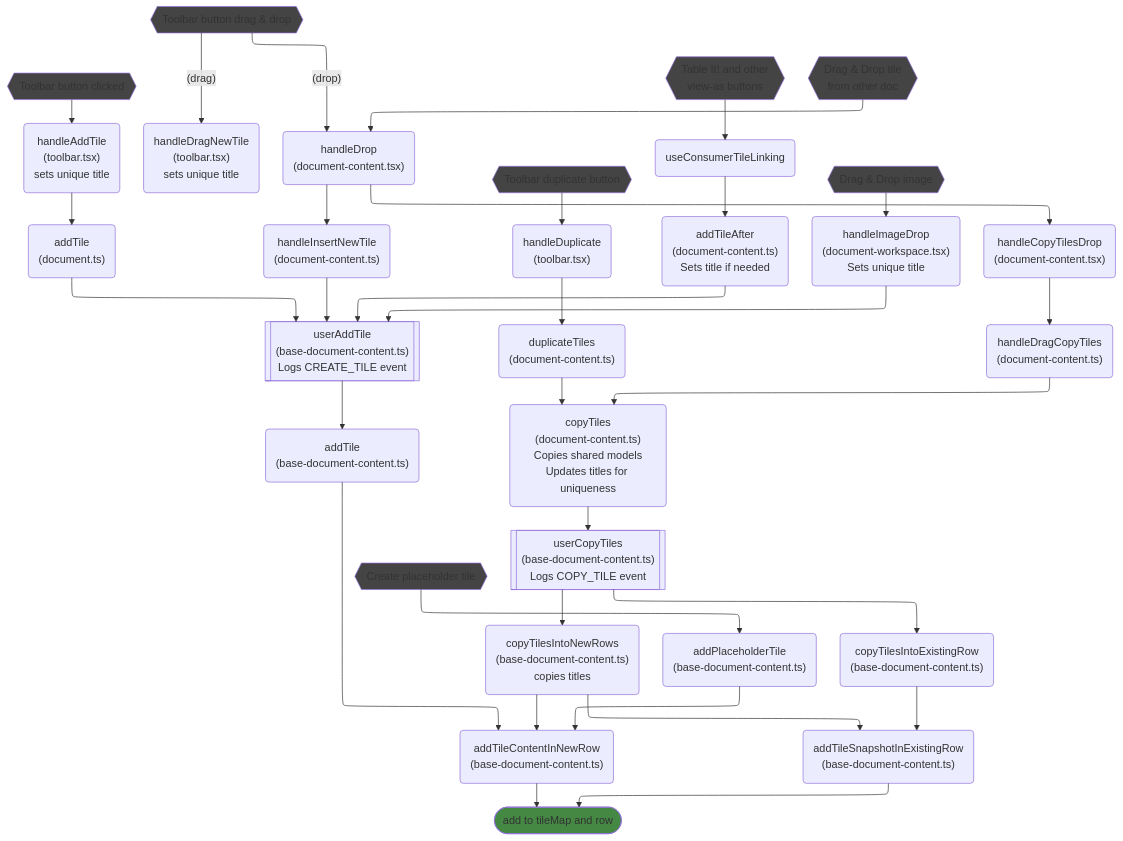
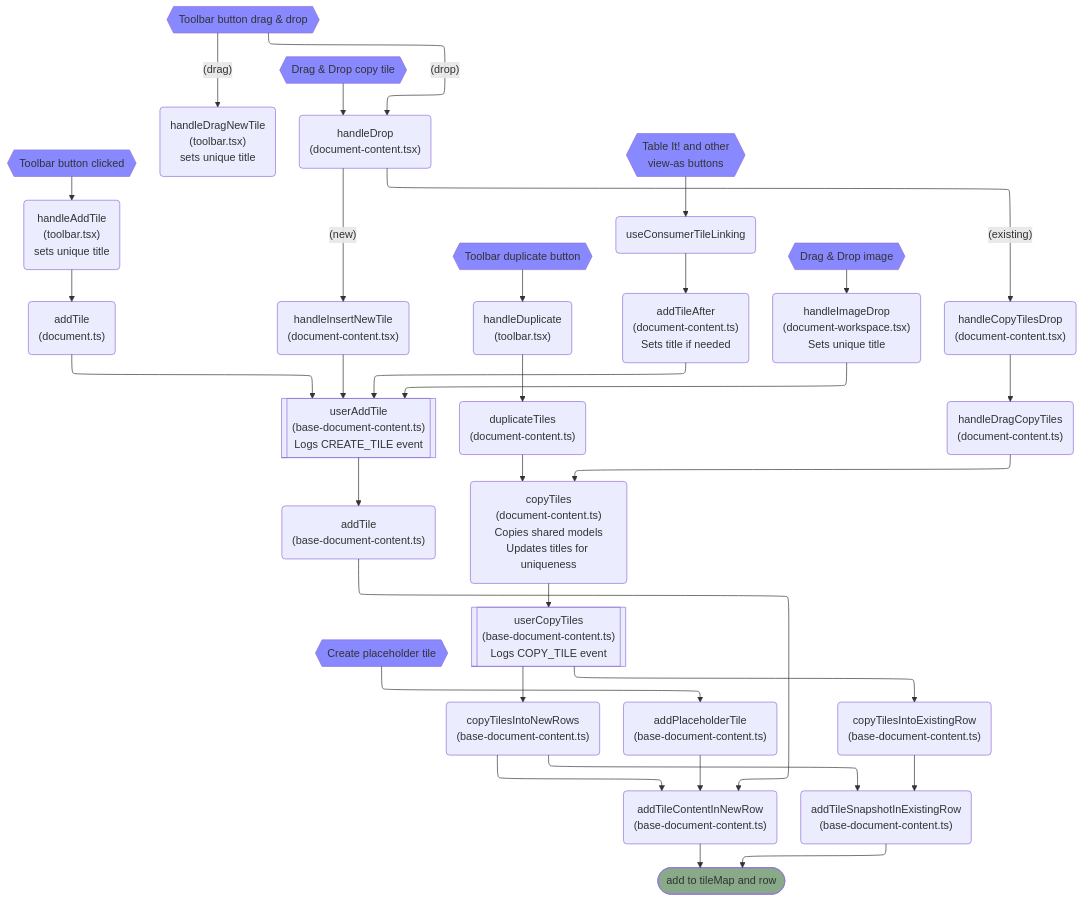
One commit to concord-consortium/collaborative-learning changed the diagram in docs/tile-creation.md. Above: the diagram before and after it, drawn with Mermaid. The commit also changed 6 other files, not shown here.

````diff
--- a/docs/tile-creation.md
+++ b/docs/tile-creation.md
@@ -5,71 +5,69 @@
 ```mermaid
 flowchart TD
 %%{init: {"flowchart": {"defaultRenderer": "elk"}} }%%
 
 toolbarClick{{"Toolbar button clicked"}}
 TBhandleAddTile("handleAddTile\n(toolbar.tsx)\nsets unique title")
 DaddTile("addTile\n(document.ts)")
 BDCuserAddTile[["userAddTile\n(base-document-content.ts)\nLogs CREATE_TILE event"]]
 BDCaddTile("addTile\n(base-document-content.ts)")
 
 toolbarClick --> TBhandleAddTile --> DaddTile --> BDCuserAddTile --> BDCaddTile --> BDCaddTileContentInNewRow
 
 toolbarDrag{{"Toolbar button drag & drop"}}
 ThandleDragNewTile("handleDragNewTile\n(toolbar.tsx)\nsets unique title")
 DChandleDrop("handleDrop\n(document-content.tsx)")
-DChandleInsertNewTile("handleInsertNewTile\n(document-content.ts)")
+DChandleInsertNewTile("handleInsertNewTile\n(document-content.tsx)")
 
 toolbarDrag -- (drag) --> ThandleDragNewTile
-toolbarDrag -- (drop) --> DChandleDrop --> DChandleInsertNewTile --> BDCuserAddTile
+toolbarDrag -- (drop) --> DChandleDrop -- (new) --> DChandleInsertNewTile --> BDCuserAddTile
 
 toolbarDuplicate{{Toolbar duplicate button}}
 ThandleDuplicate("handleDuplicate\n(toolbar.tsx)")
 DCduplicateTiles("duplicateTiles\n(document-content.ts)")
 DCcopyTiles("copyTiles\n(document-content.ts)\nCopies shared models\nUpdates titles for uniqueness")
-BDCcopyTilesIntoNewRows("copyTilesIntoNewRows\n(base-document-content.ts)\ncopies titles")
+BDCcopyTilesIntoNewRows("copyTilesIntoNewRows\n(base-document-content.ts)")
 
 toolbarDuplicate --> ThandleDuplicate --> DCduplicateTiles --> DCcopyTiles
 BDCcopyTilesIntoNewRows --> BDCaddTileContentInNewRow
 
 tableIt{{"Table It! and other\nview-as buttons"}}
 useConsumerTileLinking("useConsumerTileLinking")
 DCaddTileAfter("addTileAfter\n(document-content.ts)\nSets title if needed")
 
 tableIt --> useConsumerTileLinking --> DCaddTileAfter --> BDCuserAddTile
 
 placeholder{{"Create placeholder tile"}}
 BDCaddPlaceholderTile("addPlaceholderTile\n(base-document-content.ts)")
 placeholder --> BDCaddPlaceholderTile --> BDCaddTileContentInNewRow
 
 dragImage{{"Drag & Drop image"}}
 DWhandleImageDrop("handleImageDrop\n(document-workspace.tsx)\nSets unique title")
 dragImage --> DWhandleImageDrop --> BDCuserAddTile
 
-dragTile{{"Drag & Drop tile\nfrom other doc"}}
+dragTile{{"Drag & Drop copy tile"}}
 DChandleDrop("handleDrop\n(document-content.tsx)")
 DChandleCopyTilesDrop("handleCopyTilesDrop\n(document-content.tsx)")
 DChandleDragCopyTiles("handleDragCopyTiles\n(document-content.ts)")
 BDCuserCopyTiles[["userCopyTiles\n(base-document-content.ts)\nLogs COPY_TILE event"]]
 BDCcopyTilesIntoExistingRow("copyTilesIntoExistingRow\n(base-document-content.ts)")
 
-dragTile --> DChandleDrop --> DChandleCopyTilesDrop --> DChandleDragCopyTiles --> DCcopyTiles --> BDCuserCopyTiles --> BDCcopyTilesIntoNewRows & BDCcopyTilesIntoExistingRow --> BDCaddTileSnapshotInExistingRow
+dragTile --> DChandleDrop -- (existing) --> DChandleCopyTilesDrop --> DChandleDragCopyTiles --> DCcopyTiles --> BDCuserCopyTiles --> BDCcopyTilesIntoNewRows & BDCcopyTilesIntoExistingRow --> BDCaddTileSnapshotInExistingRow
 
 BDCaddTileContentInNewRow("addTileContentInNewRow\n(base-document-content.ts)")
 BDCaddTileSnapshotInExistingRow("addTileSnapshotInExistingRow\n(base-document-content.ts)")
 insert([add to tileMap and row])
 
 BDCaddTileContentInNewRow & BDCaddTileSnapshotInExistingRow --> insert
 
-style insert fill:#484
+style insert fill:#8A8
 
-
-
-style toolbarClick fill:#444
-style toolbarDrag fill:#444
-style toolbarDuplicate fill:#444
-style dragImage fill:#444
-style dragTile fill:#444
-style tableIt fill:#444
-style placeholder fill:#444
+style toolbarClick fill:#88F
+style toolbarDrag fill:#88F
+style toolbarDuplicate fill:#88F
+style dragImage fill:#88F
+style dragTile fill:#88F
+style tableIt fill:#88F
+style placeholder fill:#88F
 
 ```
````
